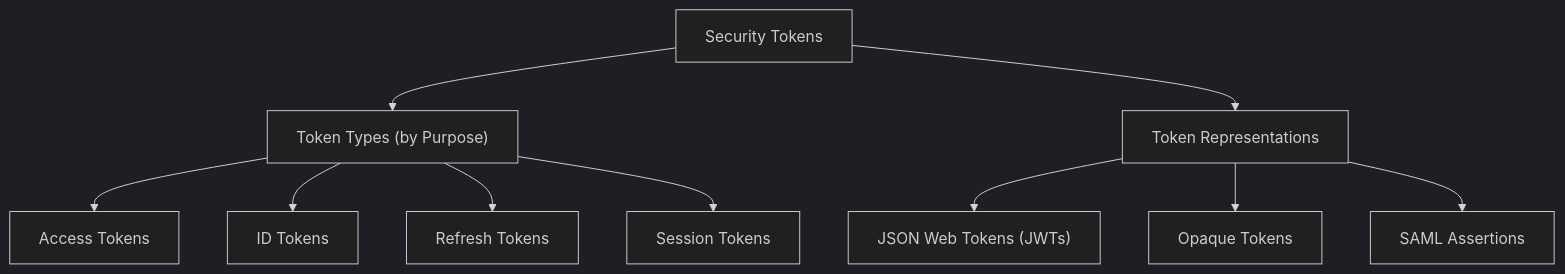
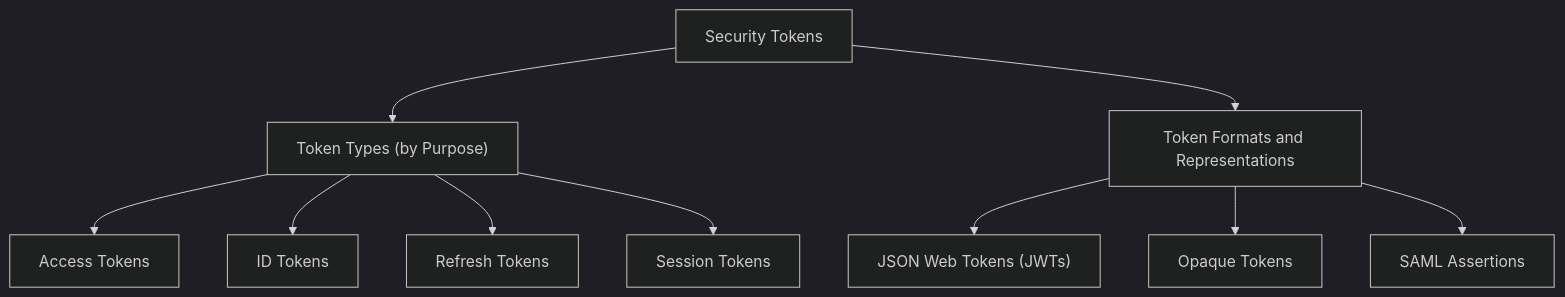
The diagram in docs/en/software_engineering/software_security/security_tokens/overview.md (Rokiis1/Teaching-Materia), drawn with Mermaid (dark theme) before and after one commit. The commit also changed other lines of this file and 15 other files, not shown here.

````diff
--- a/docs/en/software_engineering/software_security/security_tokens/overview.md
+++ b/docs/en/software_engineering/software_security/security_tokens/overview.md
@@ -13,16 +11,16 @@
 ```mermaid
 flowchart TB
     A["Security Tokens"]
 
     A --> B["Token Types (by Purpose)"]
-    A --> C["Token Representations"]
+    A --> C["Token Formats and Representations"]
 
     B --> B1["Access Tokens"]
     B --> B2["ID Tokens"]
     B --> B3["Refresh Tokens"]
     B --> B4["Session Tokens"]
 
     C --> C1["JSON Web Tokens (JWTs)"]
     C --> C2["Opaque Tokens"]
     C --> C3["SAML Assertions"]
 ```
````
